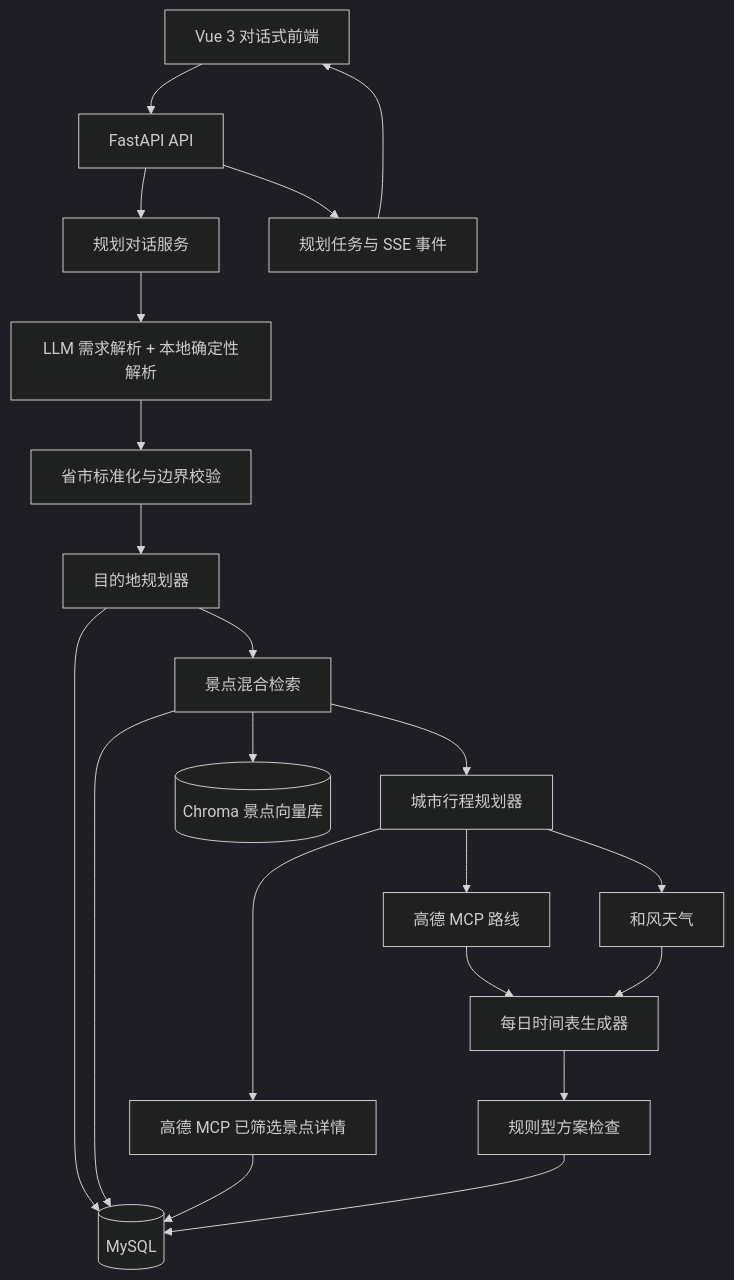
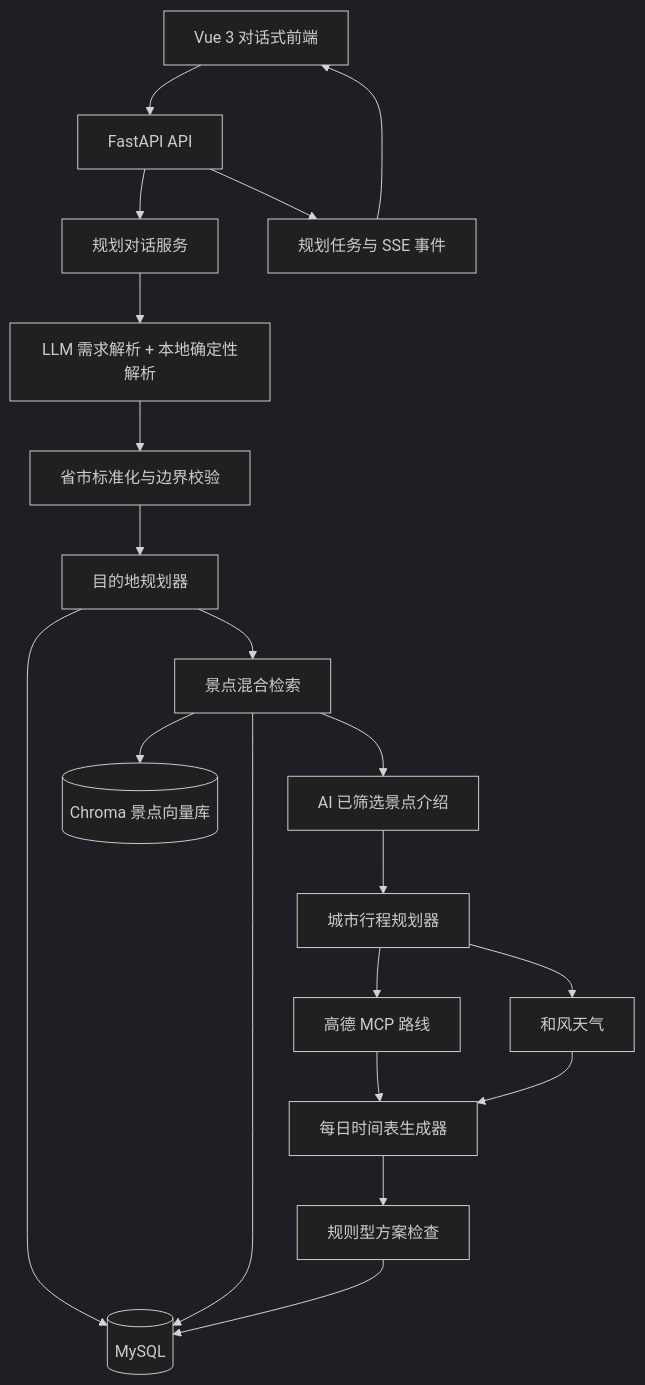
The diagram in docs/项目详细介绍.md (qcyn6/travel-agent), drawn with Mermaid (dark theme) before and after one commit. The commit also changed other lines of this file and 217 other files, not shown here.

````diff
--- a/docs/项目详细介绍.md
+++ b/docs/项目详细介绍.md
@@ -83,40 +88,39 @@
 ```mermaid
 flowchart TD
     UI[Vue 3 对话式前端]
     API[FastAPI API]
     CHAT[规划对话服务]
     PARSER[LLM 需求解析 + 本地确定性解析]
     RESOLVER[省市标准化与边界校验]
     DEST[目的地规划器]
-    POI[高德 MCP 已筛选景点详情]
+    DETAIL[AI 已筛选景点介绍]
     DB[(MySQL)]
     RETRIEVAL[景点混合检索]
     CHROMA[(Chroma 景点向量库)]
     PLANNER[城市行程规划器]
     ROUTE[高德 MCP 路线]
     WEATHER[和风天气]
     SCHEDULE[每日时间表生成器]
     EVALUATOR[规则型方案检查]
     JOB[规划任务与 SSE 事件]
 
     UI --> API
     API --> CHAT
     CHAT --> PARSER
     PARSER --> RESOLVER
     RESOLVER --> DEST
     DEST --> DB
-    POI --> DB
     DEST --> RETRIEVAL
     RETRIEVAL --> DB
     RETRIEVAL --> CHROMA
-    RETRIEVAL --> PLANNER
-    PLANNER --> POI
+    RETRIEVAL --> DETAIL
+    DETAIL --> PLANNER
     PLANNER --> ROUTE
     PLANNER --> WEATHER
     ROUTE --> SCHEDULE
     WEATHER --> SCHEDULE
     SCHEDULE --> EVALUATOR
     EVALUATOR --> DB
     API --> JOB
     JOB --> UI
 ```
````
